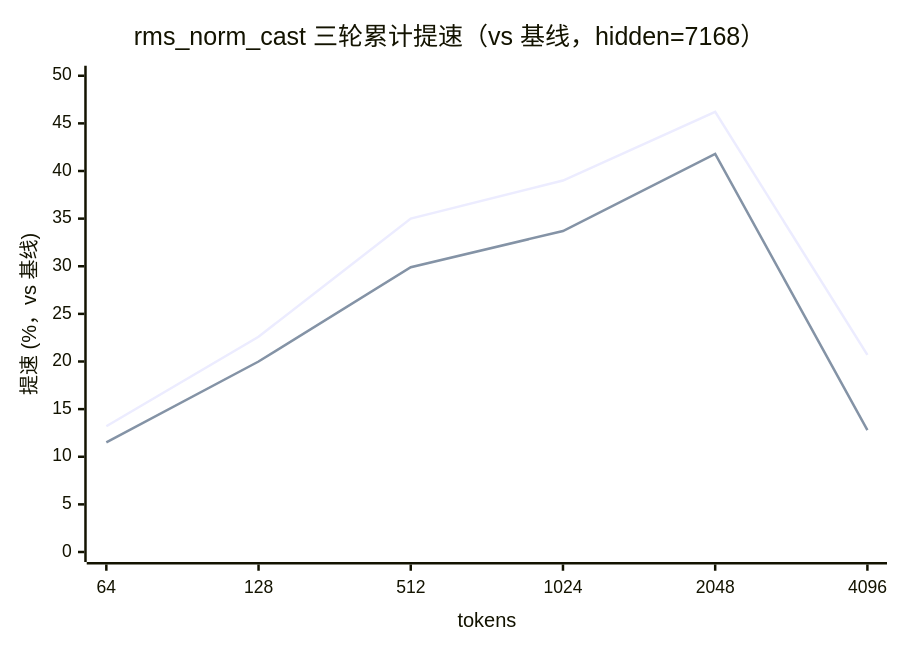
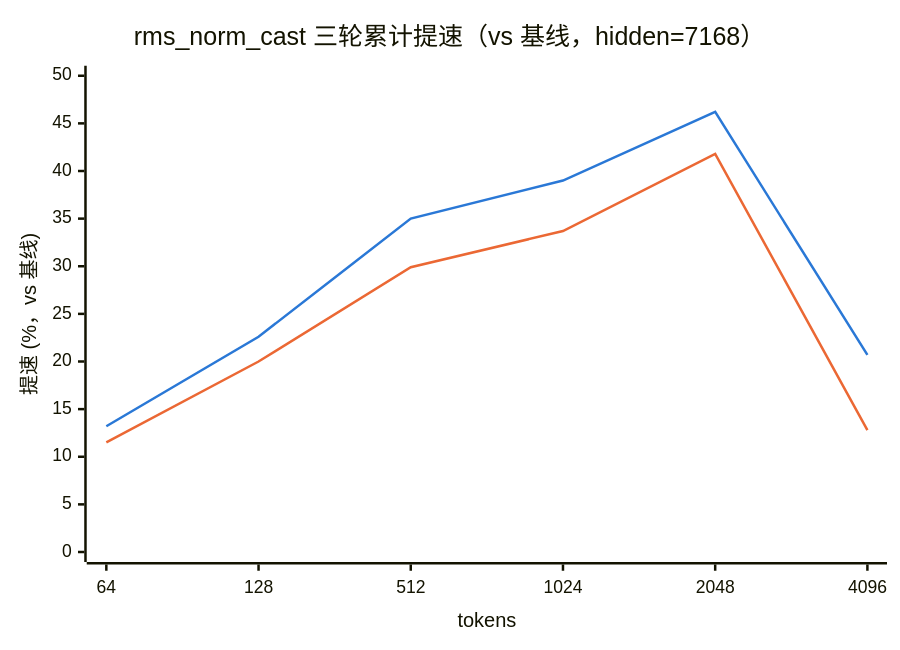
One commit to vllm-project/vllm-ascend changed the third of 4 diagrams in RMS_NORM_CAST_OPT_SUMMARY.md. Above: the diagram before and after it, drawn with Mermaid. The commit also changed other lines of this file, not shown here.

First line of the commit message:
docs(rms_norm_cast): high-contrast chart colors and typography fixes

````diff
--- a/RMS_NORM_CAST_OPT_SUMMARY.md
+++ b/RMS_NORM_CAST_OPT_SUMMARY.md
@@ -204,8 +197,9 @@
 ```mermaid
+%%{init: {"themeVariables": {"xyChart": {"plotColorPalette": "#2a78d6, #eb6834"}}}}%%
 xychart-beta
     title "rms_norm_cast 三轮累计提速（vs 基线，hidden=7168）"
     x-axis "tokens" ["64", "128", "512", "1024", "2048", "4096"]
     y-axis "提速 (%，vs 基线)" 0 --> 50
     line "bf16" [13.2, 22.6, 35.0, 39.0, 46.2, 20.7]
     line "fp16" [11.5, 20.0, 29.9, 33.7, 41.8, 12.8]
 ```
````
